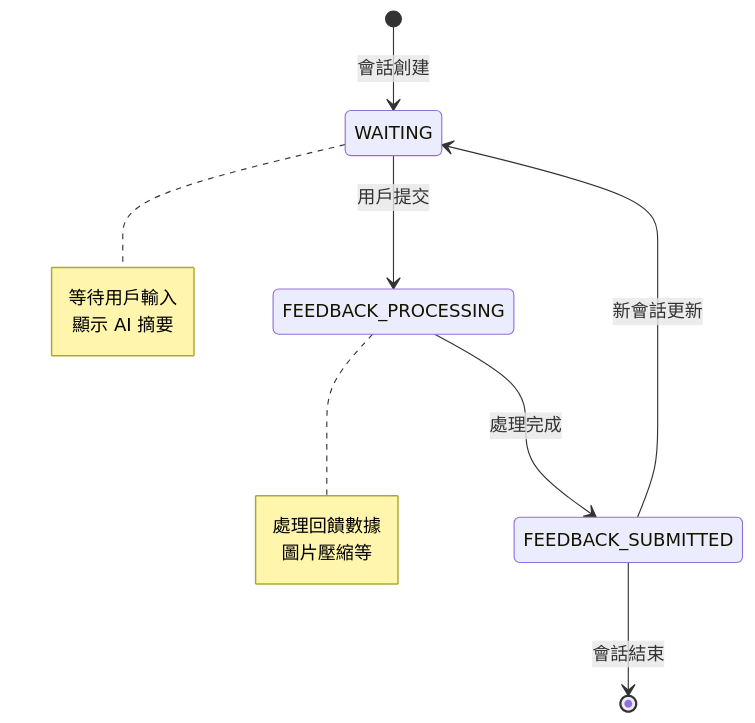
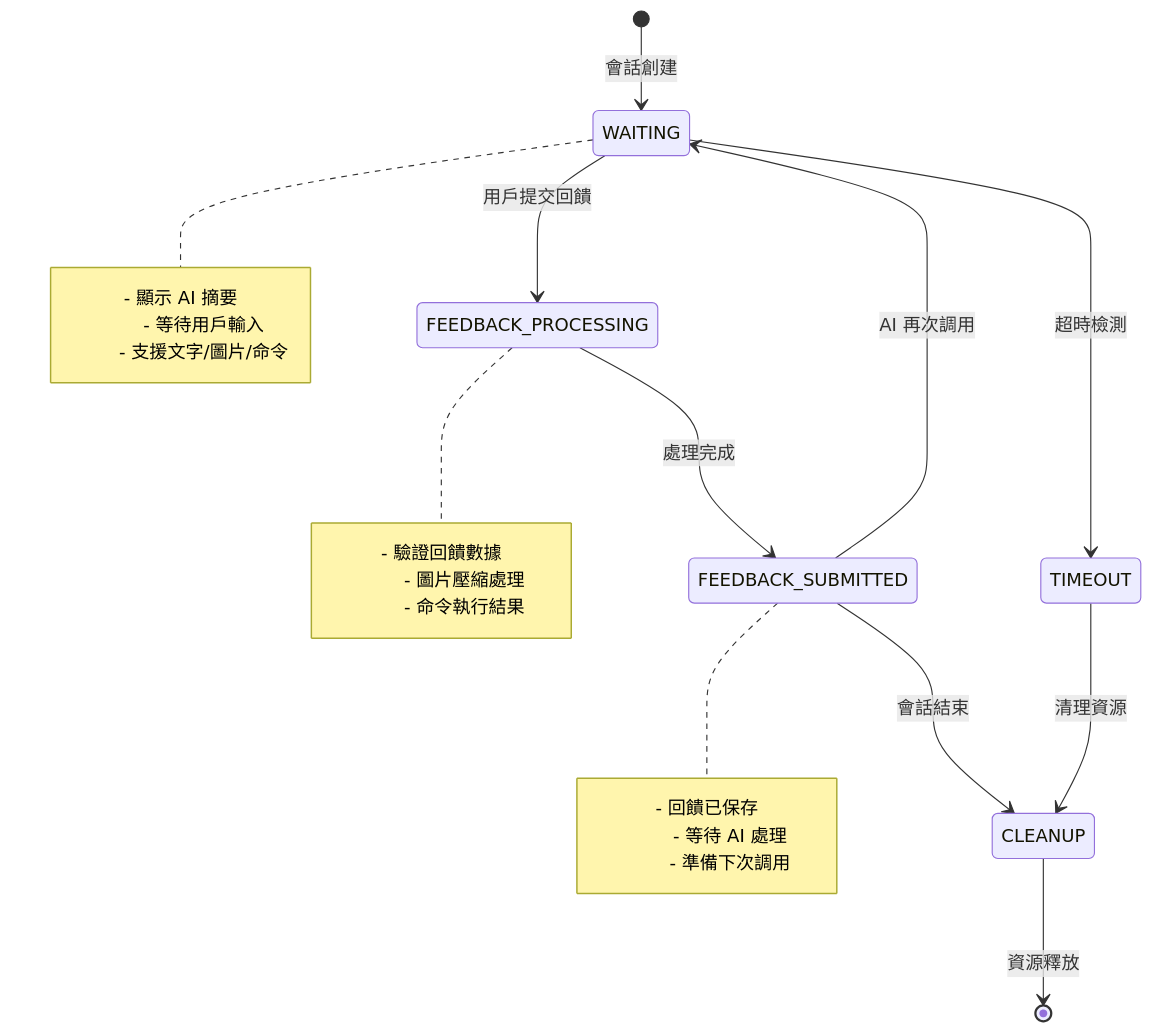
One commit to zetxtech/mcp-feedback-enhanced changed the fourth of 7 diagrams in docs/architecture/component-details.md. Above: the diagram before and after it, drawn with Mermaid. The commit also changed other lines of this file and 4 other files, not shown here.

````diff
--- a/docs/architecture/component-details.md
+++ b/docs/architecture/component-details.md
@@ -124,18 +298,30 @@
 ```mermaid
 stateDiagram-v2
     [*] --> WAITING: 會話創建
-    WAITING --> FEEDBACK_PROCESSING: 用戶提交
+    WAITING --> FEEDBACK_PROCESSING: 用戶提交回饋
     FEEDBACK_PROCESSING --> FEEDBACK_SUBMITTED: 處理完成
-    FEEDBACK_SUBMITTED --> WAITING: 新會話更新
-    FEEDBACK_SUBMITTED --> [*]: 會話結束
+    FEEDBACK_SUBMITTED --> WAITING: AI 再次調用
+    FEEDBACK_SUBMITTED --> CLEANUP: 會話結束
+    CLEANUP --> [*]: 資源釋放
+
+    WAITING --> TIMEOUT: 超時檢測
+    TIMEOUT --> CLEANUP: 清理資源
 
     note right of WAITING
-        等待用戶輸入
-        顯示 AI 摘要
+        - 顯示 AI 摘要
+        - 等待用戶輸入
+        - 支援文字/圖片/命令
     end note
 
     note right of FEEDBACK_PROCESSING
-        處理回饋數據
-        圖片壓縮等
+        - 驗證回饋數據
+        - 圖片壓縮處理
+        - 命令執行結果
+    end note
+
+    note right of FEEDBACK_SUBMITTED
+        - 回饋已保存
+        - 等待 AI 處理
+        - 準備下次調用
     end note
 ```
````
